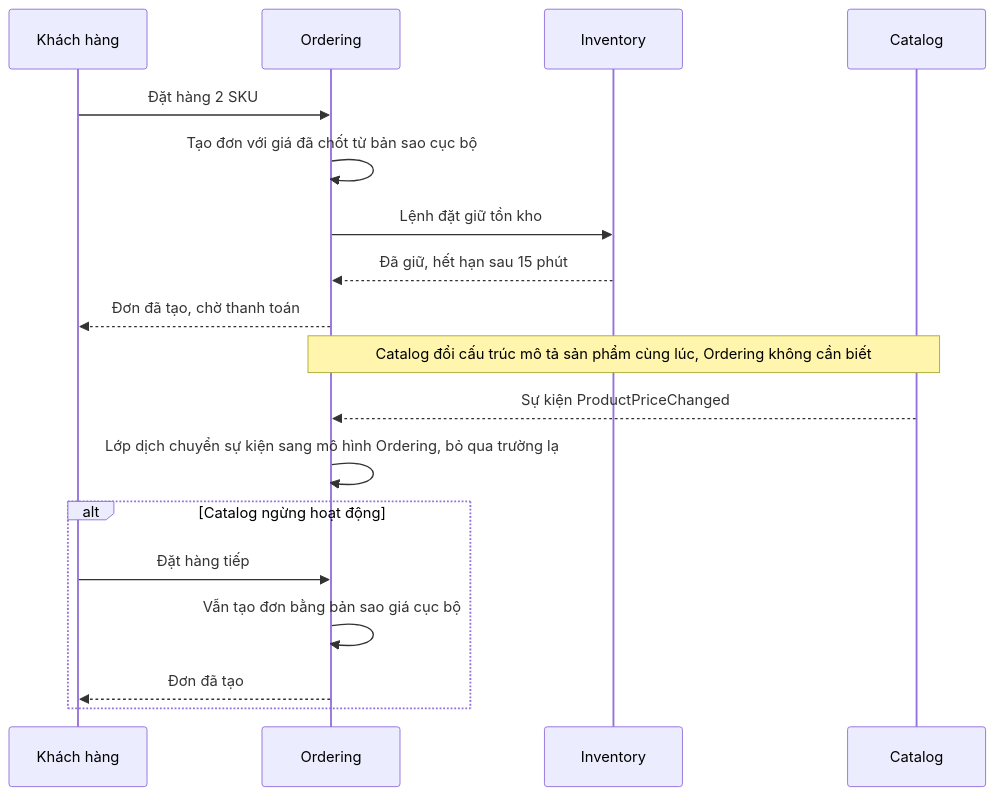
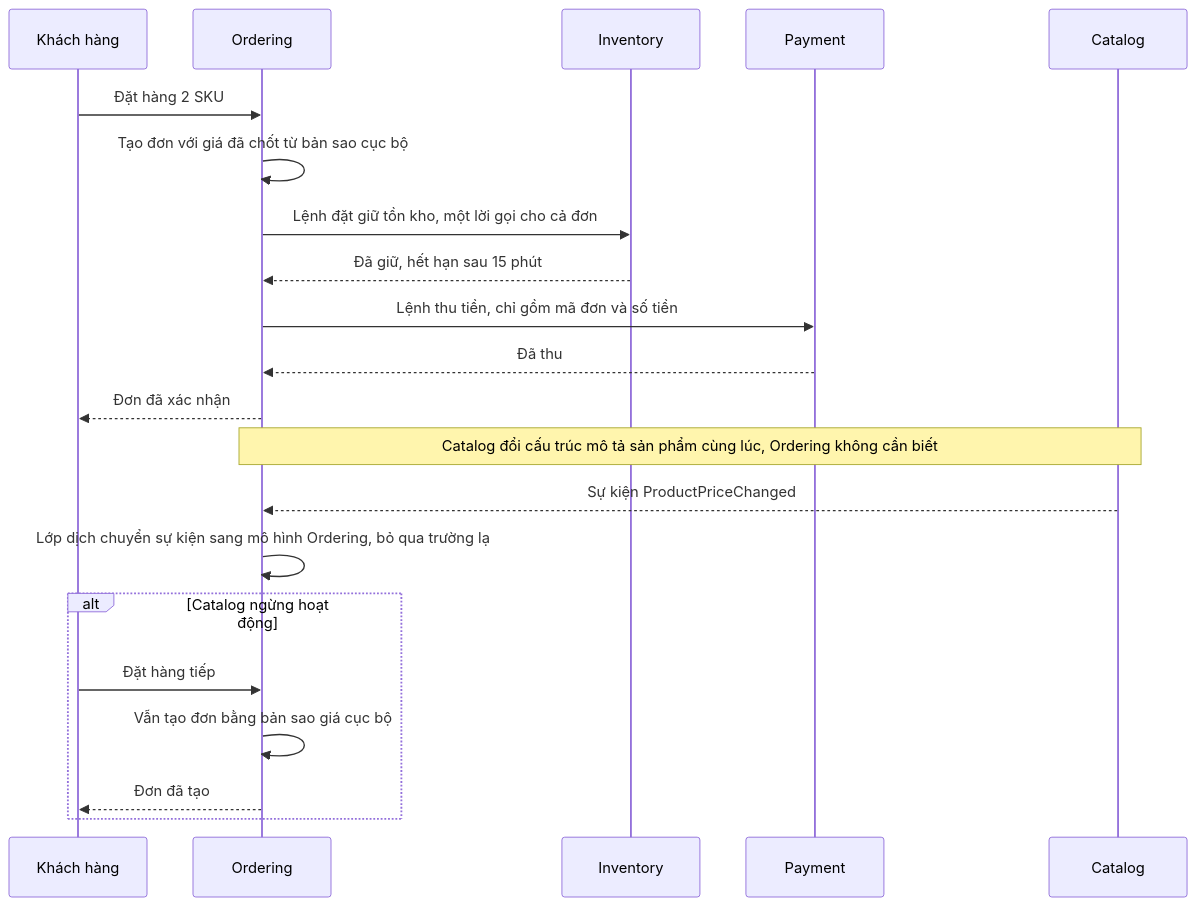
One commit to nguyenquochuy2311/system-design-nestjs changed the second of 2 diagrams in 07-backend-microservices/01-decomposition-bounded-context-tach-service-theo-nghiep-vu/README.md. Above: the diagram before and after it, drawn with Mermaid. The commit also changed other lines of this file and 52 other files, not shown here.

````diff
--- a/07-backend-microservices/01-decomposition-bounded-context-tach-service-theo-nghiep-vu/README.md
+++ b/07-backend-microservices/01-decomposition-bounded-context-tach-service-theo-nghiep-vu/README.md
@@ -78,20 +78,23 @@
 ```mermaid
 sequenceDiagram
   participant KH as Khách hàng
   participant ORD as Ordering
   participant INV as Inventory
+  participant PAY as Payment
   participant CAT as Catalog
   KH->>ORD: Đặt hàng 2 SKU
   ORD->>ORD: Tạo đơn với giá đã chốt từ bản sao cục bộ
-  ORD->>INV: Lệnh đặt giữ tồn kho
+  ORD->>INV: Lệnh đặt giữ tồn kho, một lời gọi cho cả đơn
   INV-->>ORD: Đã giữ, hết hạn sau 15 phút
-  ORD-->>KH: Đơn đã tạo, chờ thanh toán
+  ORD->>PAY: Lệnh thu tiền, chỉ gồm mã đơn và số tiền
+  PAY-->>ORD: Đã thu
+  ORD-->>KH: Đơn đã xác nhận
   Note over ORD,CAT: Catalog đổi cấu trúc mô tả sản phẩm cùng lúc, Ordering không cần biết
   CAT-->>ORD: Sự kiện ProductPriceChanged
   ORD->>ORD: Lớp dịch chuyển sự kiện sang mô hình Ordering, bỏ qua trường lạ
   alt Catalog ngừng hoạt động
     KH->>ORD: Đặt hàng tiếp
     ORD->>ORD: Vẫn tạo đơn bằng bản sao giá cục bộ
     ORD-->>KH: Đơn đã tạo
   end
 ```
````
